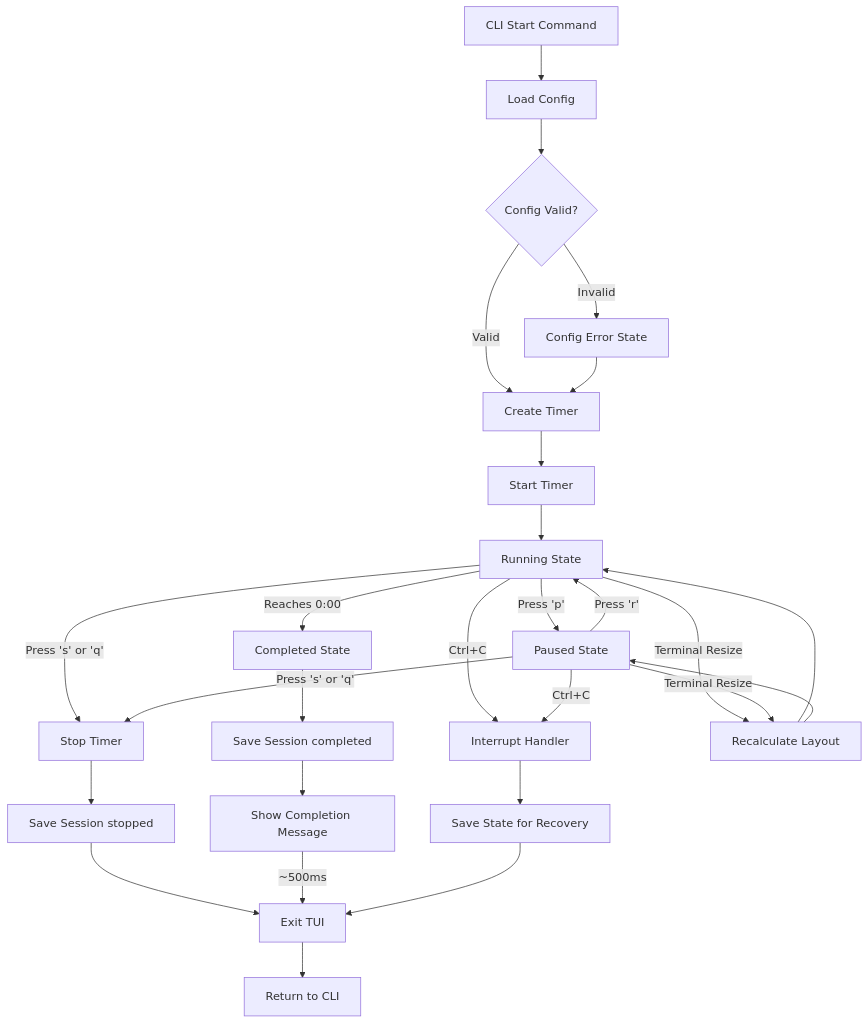
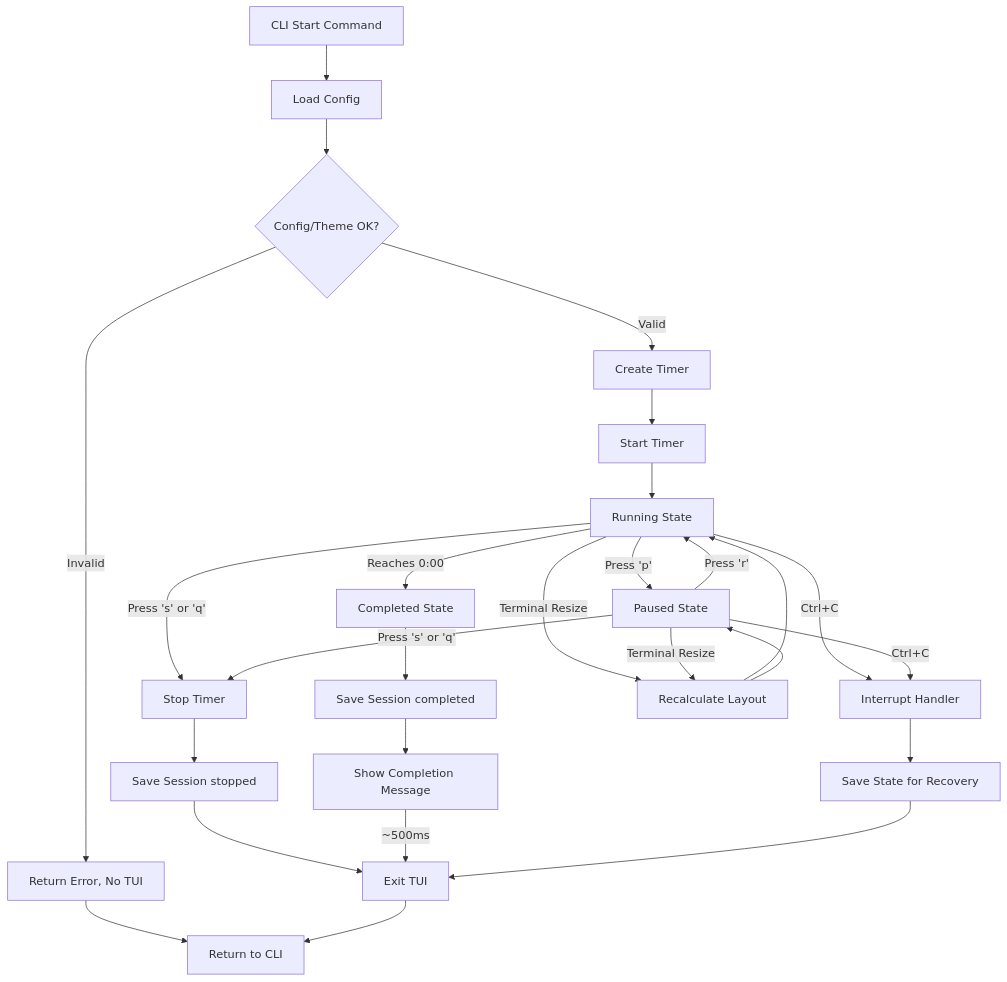
The diagram in docs/ux/application-flows.md (pomodux/pomodux), drawn with Mermaid before and after one commit. The commit also changed other lines of this file and 3 other files, not shown here.

````diff
--- a/docs/ux/application-flows.md
+++ b/docs/ux/application-flows.md
@@ -300,35 +300,35 @@
 ```mermaid
 flowchart TD
     Start[CLI Start Command] --> LoadConfig[Load Config]
-    LoadConfig --> ValidateConfig{Config Valid?}
-    ValidateConfig -->|Invalid| ConfigError[Config Error State]
+    LoadConfig --> ValidateConfig{Config/Theme OK?}
+    ValidateConfig -->|Invalid| FailStart[Return Error, No TUI]
     ValidateConfig -->|Valid| CreateTimer[Create Timer]
-    ConfigError --> CreateTimer
+    FailStart --> CLI[Return to CLI]
     CreateTimer --> StartTimer[Start Timer]
     StartTimer --> Running[Running State]
     
     Running -->|Press 'p'| Paused[Paused State]
     Paused -->|Press 'r'| Running
     Running -->|Press 's' or 'q'| Stop[Stop Timer]
     Paused -->|Press 's' or 'q'| Stop
     Running -->|Reaches 0:00| Completed[Completed State]
     
     Stop --> SaveSessionStop[Save Session stopped]
     Completed --> SaveSessionComplete[Save Session completed]
     
     SaveSessionStop --> Exit[Exit TUI]
     SaveSessionComplete --> ShowComplete[Show Completion Message]
     ShowComplete -->|~500ms| Exit
     
     Running -->|Ctrl+C| Interrupt[Interrupt Handler]
     Paused -->|Ctrl+C| Interrupt
     Interrupt --> SaveState[Save State for Recovery]
     SaveState --> Exit
     
     Running -->|Terminal Resize| Resize[Recalculate Layout]
     Resize --> Running
     Paused -->|Terminal Resize| Resize
     Resize --> Paused
     
     Exit --> CLI[Return to CLI]
 ```
````
